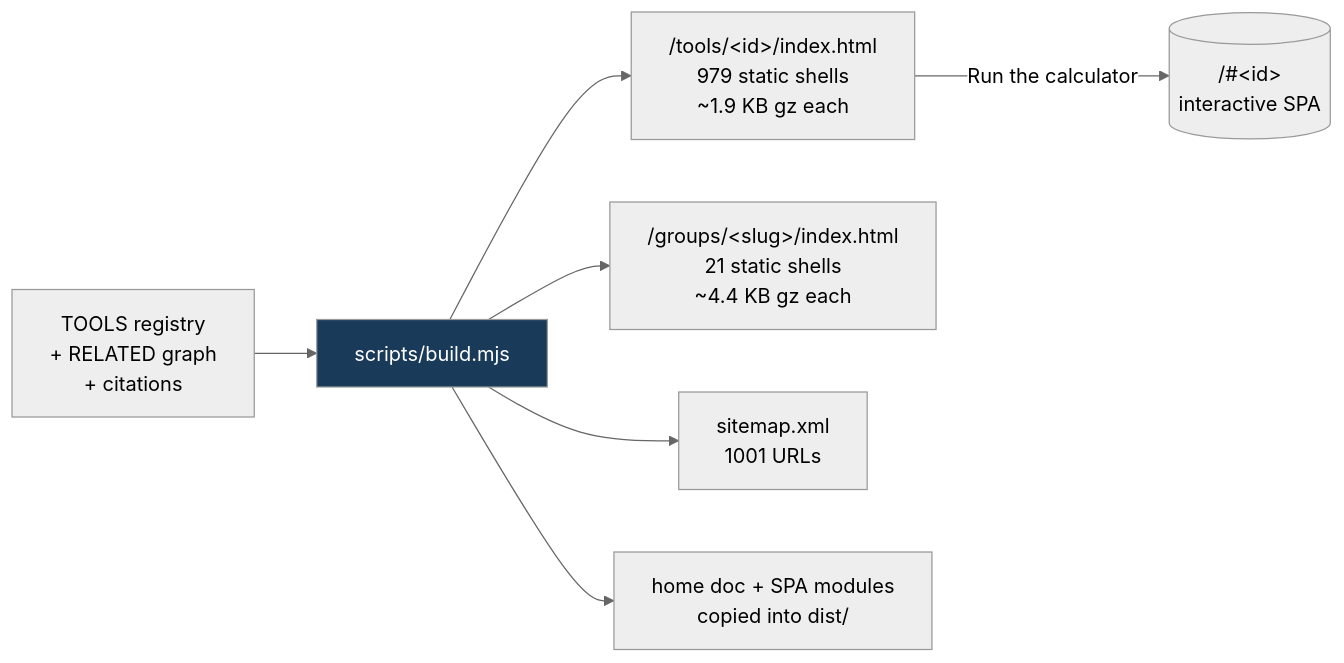
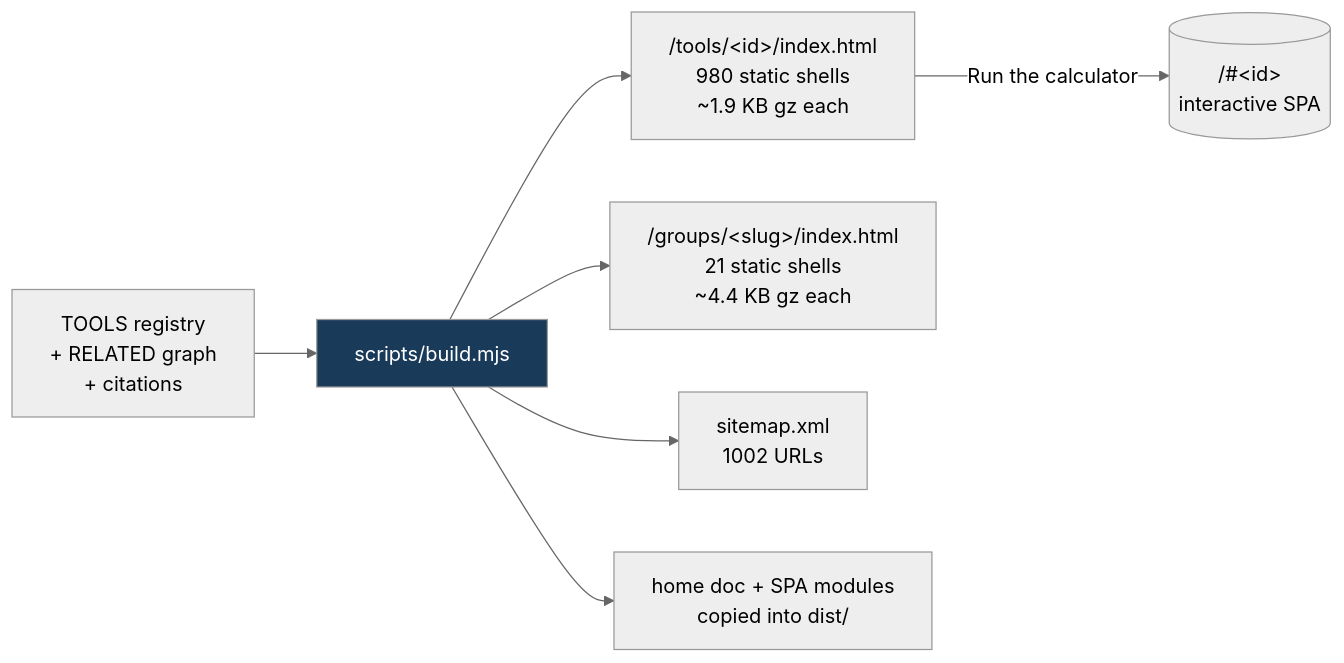
Before and after one commit to clay-good/roughlogic.com: the fifth of 8 diagrams in README.md, drawn with Mermaid (neutral theme). The commit also changed other lines of this file and 12 other files, not shown here.

````diff
--- a/README.md
+++ b/README.md
@@ -495,10 +495,10 @@
 ```mermaid
 flowchart LR
     SRC[TOOLS registry\n+ RELATED graph\n+ citations] --> BUILD[scripts/build.mjs]
-    BUILD --> TILE["/tools/&lt;id&gt;/index.html\n979 static shells\n~1.9 KB gz each"]
+    BUILD --> TILE["/tools/&lt;id&gt;/index.html\n980 static shells\n~1.9 KB gz each"]
     BUILD --> GROUP["/groups/&lt;slug&gt;/index.html\n21 static shells\n~4.4 KB gz each"]
-    BUILD --> MAP["sitemap.xml\n1001 URLs"]
+    BUILD --> MAP["sitemap.xml\n1002 URLs"]
     BUILD --> COPY[home doc + SPA modules\ncopied into dist/]
     TILE -->|Run the calculator| SPA[("/#&lt;id&gt;\ninteractive SPA")]
     style BUILD fill:#1a3a5a,color:#fff
 ```
````
